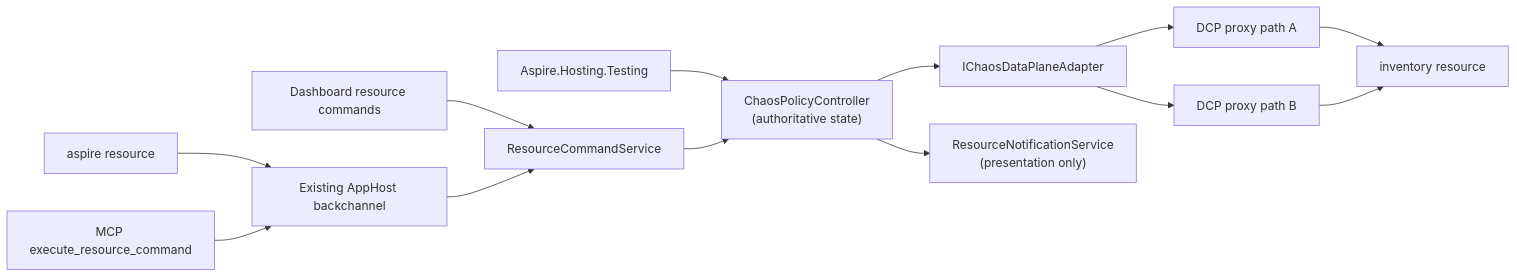
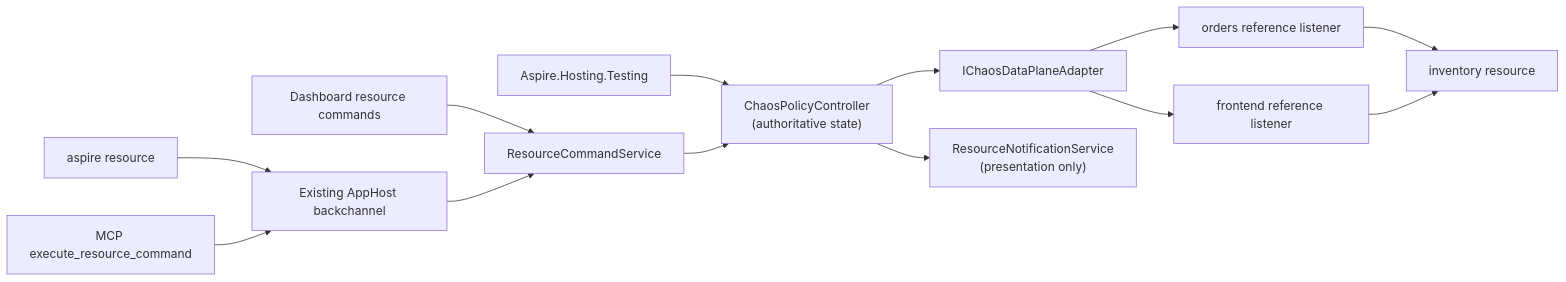
Before and after one commit to microsoft/aspire: the diagram in docs/specs/chaos-integration.md, drawn with Mermaid. The commit also changed other lines of this file, not shown here.

````diff
--- a/docs/specs/chaos-integration.md
+++ b/docs/specs/chaos-integration.md
@@ -170,15 +170,15 @@
 ```mermaid
 flowchart LR
     Tests["Aspire.Hosting.Testing"] --> Controller
     CLI["aspire resource"] --> Backchannel["Existing AppHost backchannel"]
     MCP["MCP execute_resource_command"] --> Backchannel
     Dashboard["Dashboard resource commands"] --> Commands["ResourceCommandService"]
     Backchannel --> Commands
     Commands --> Controller["ChaosPolicyController\n(authoritative state)"]
     Controller --> Adapter["IChaosDataPlaneAdapter"]
-    Adapter --> ProxyA["DCP proxy path A"]
-    Adapter --> ProxyB["DCP proxy path B"]
+    Adapter --> OrdersListener["orders reference listener"]
+    Adapter --> FrontendListener["frontend reference listener"]
     Controller --> Snapshot["ResourceNotificationService\n(presentation only)"]
-    ProxyA --> Inventory["inventory resource"]
-    ProxyB --> Inventory
+    OrdersListener --> Inventory["inventory resource"]
+    FrontendListener --> Inventory
 ```
````
